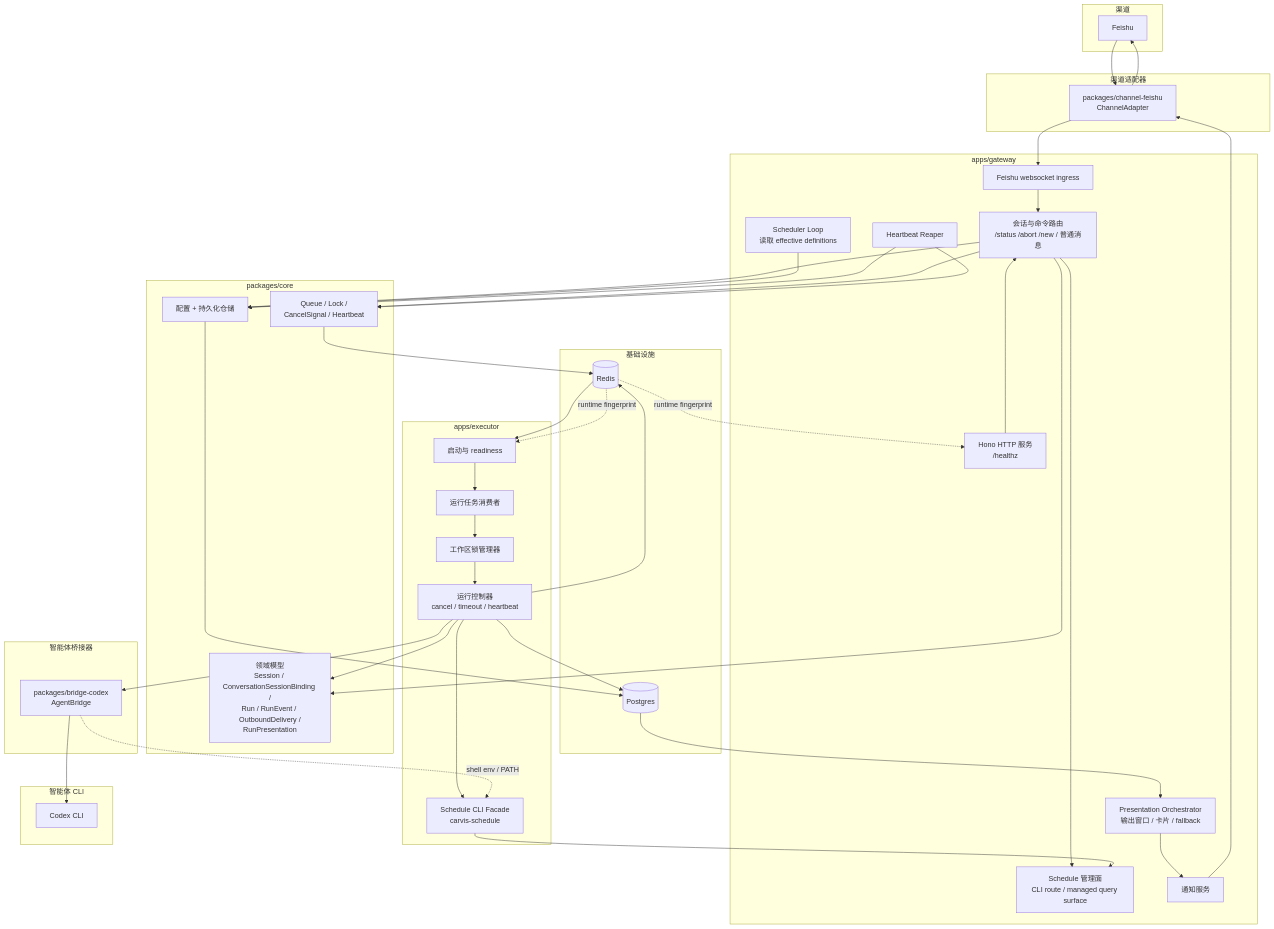
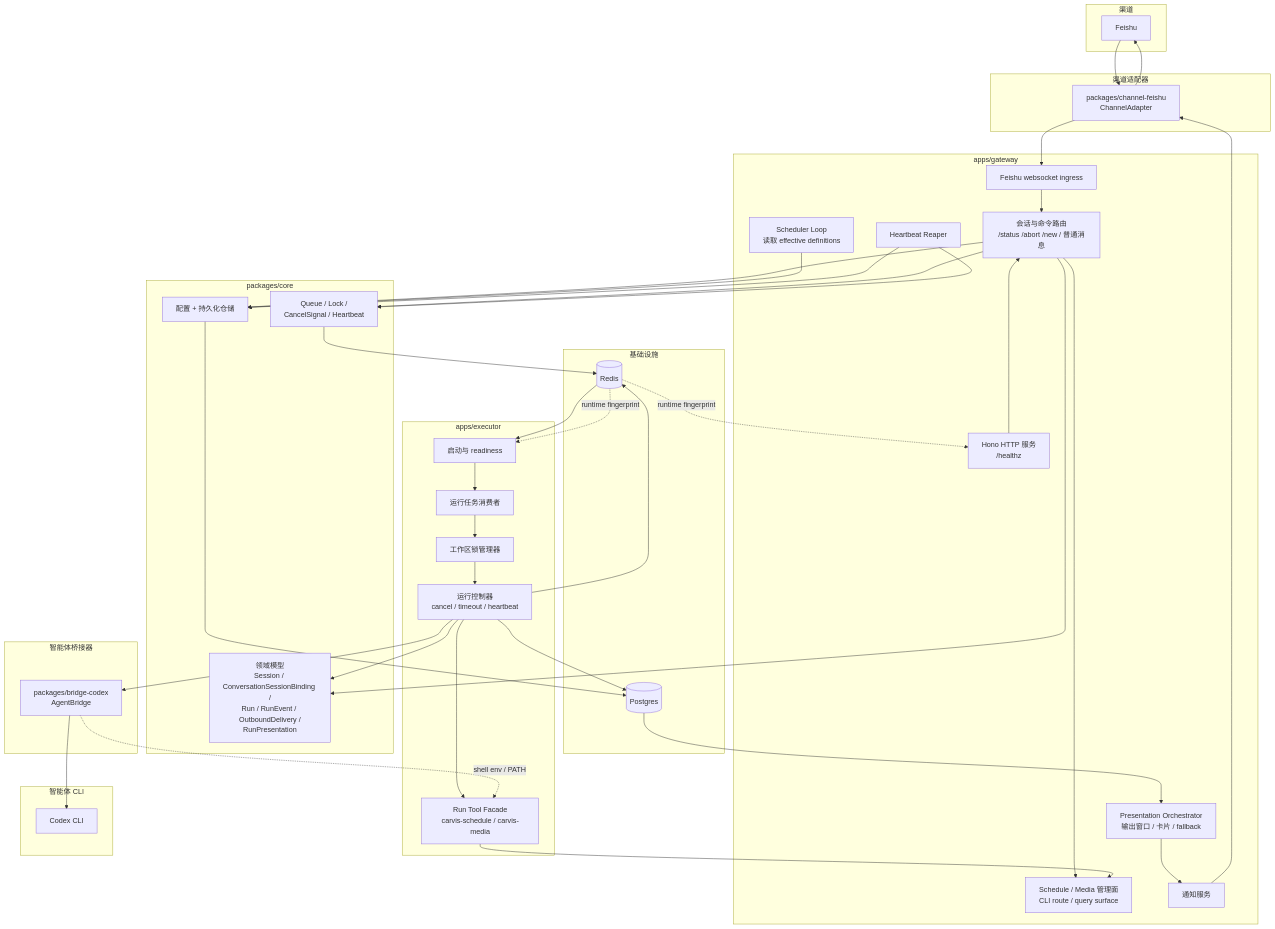
Before and after one commit to pipi-1997/carvis: the first of 2 diagrams in docs/architecture.md, drawn with Mermaid. The commit also changed other lines of this file and 48 other files, not shown here.

````diff
--- a/docs/architecture.md
+++ b/docs/architecture.md
@@ -7,81 +7,81 @@
 ```mermaid
 flowchart TB
     subgraph Channels["渠道"]
         FS["Feishu"]
     end
 
     subgraph Gateway["apps/gateway"]
         GW_HTTP["Hono HTTP 服务\n/healthz"]
         GW_WS["Feishu websocket ingress"]
         GW_ROUTE["会话与命令路由\n/status /abort /new / 普通消息"]
-        GW_SCHED_ADMIN["Schedule 管理面\nCLI route / managed query surface"]
+        GW_SCHED_ADMIN["Schedule / Media 管理面\nCLI route / query surface"]
         GW_SCHED_LOOP["Scheduler Loop\n读取 effective definitions"]
         GW_NOTIFY["通知服务"]
         GW_PRESENT["Presentation Orchestrator\n输出窗口 / 卡片 / fallback"]
         GW_REAPER["Heartbeat Reaper"]
     end
 
     subgraph ChannelPackages["渠道适配器"]
         PKG_FS["packages/channel-feishu\nChannelAdapter"]
     end
 
     subgraph Core["packages/core"]
         CORE_DOMAIN["领域模型\nSession / ConversationSessionBinding /\nRun / RunEvent / OutboundDelivery /\nRunPresentation"]
         CORE_RUNTIME["Queue / Lock /\nCancelSignal / Heartbeat"]
         CORE_STORE["配置 + 持久化仓储"]
     end
 
     subgraph Infra["基础设施"]
         PG[("Postgres")]
         RD[("Redis")]
     end
 
     subgraph Executor["apps/executor"]
         EX_BOOT["启动与 readiness"]
         EX_QUEUE["运行任务消费者"]
         EX_LOCK["工作区锁管理器"]
         EX_CTRL["运行控制器\ncancel / timeout / heartbeat"]
-        EX_TOOL["Schedule CLI Facade\ncarvis-schedule"]
+        EX_TOOL["Run Tool Facade\ncarvis-schedule / carvis-media"]
     end
 
     subgraph Bridges["智能体桥接器"]
         BR_CX["packages/bridge-codex\nAgentBridge"]
     end
 
     subgraph Agents["智能体 CLI"]
         CX["Codex CLI"]
     end
 
     FS --> PKG_FS --> GW_WS
     GW_HTTP --> GW_ROUTE
     GW_WS --> GW_ROUTE
 
     GW_ROUTE --> CORE_DOMAIN
     GW_ROUTE --> CORE_RUNTIME
     GW_ROUTE --> CORE_STORE
     GW_ROUTE --> GW_SCHED_ADMIN
     GW_SCHED_LOOP --> CORE_STORE
     GW_REAPER --> CORE_RUNTIME
     GW_REAPER --> CORE_STORE
 
     CORE_STORE --> PG
     CORE_RUNTIME --> RD
 
     RD --> EX_BOOT --> EX_QUEUE
     EX_QUEUE --> EX_LOCK
     EX_LOCK --> EX_CTRL
     EX_CTRL --> EX_TOOL
     EX_CTRL --> BR_CX --> CX
     BR_CX -. shell env / PATH .-> EX_TOOL
     EX_TOOL --> GW_SCHED_ADMIN
 
     EX_CTRL --> RD
     EX_CTRL --> PG
     EX_CTRL --> CORE_DOMAIN
 
     PG --> GW_PRESENT --> GW_NOTIFY
     GW_NOTIFY --> PKG_FS --> FS
 
     RD -. runtime fingerprint .-> GW_HTTP
     RD -. runtime fingerprint .-> EX_BOOT
 ```
````
